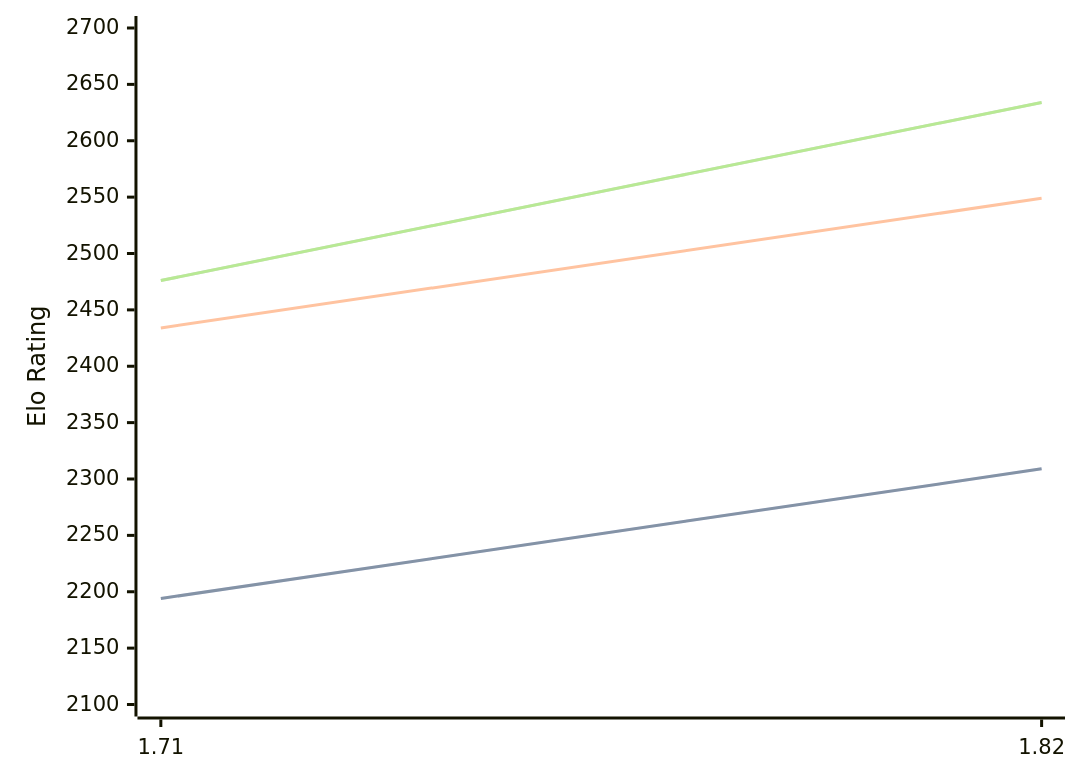
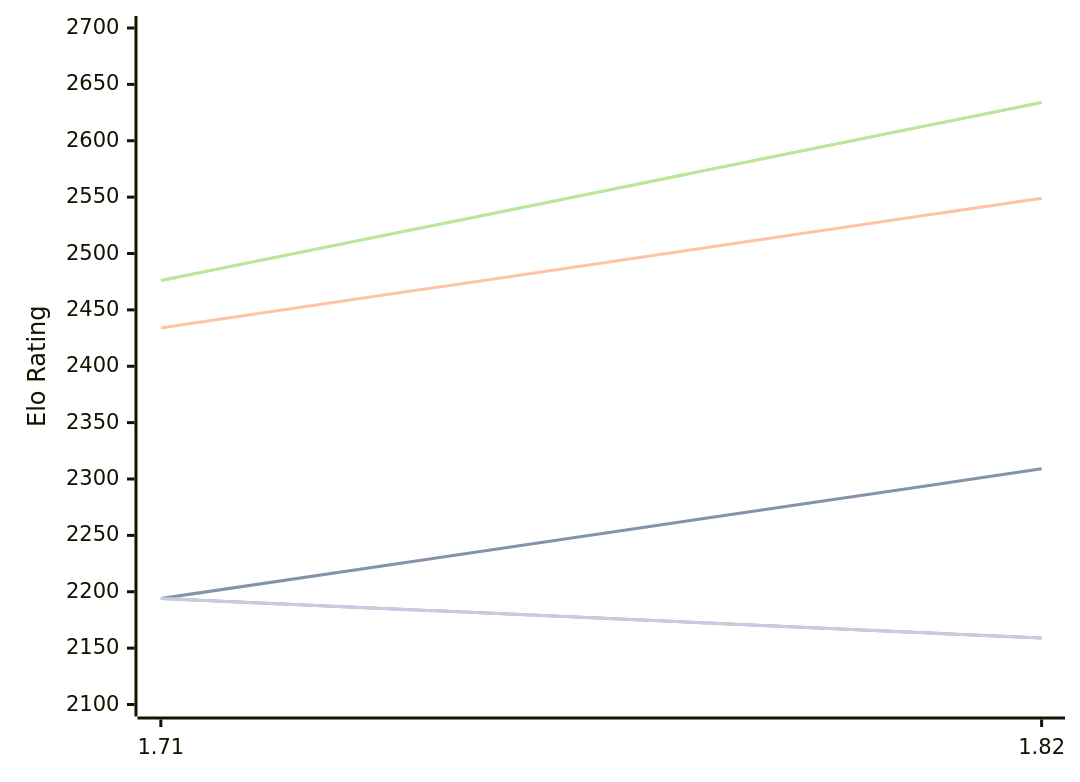
The diagram in engines/Amira.md (computer-chess-index/cci), drawn with Mermaid before and after one commit. The commit also changed other lines of this file, not shown here.

Commit message:
Update CCI Ratings (ELO VLTC) - 2026-10-11

````diff
--- a/engines/Amira.md
+++ b/engines/Amira.md
@@ -48,16 +48,13 @@
 ```mermaid
 %%{init: {"theme":"base","themeVariables":{"seriesColors:['#a3a3a3','#222221','#faa371']}}}%%
 xychart-beta
   x-axis ["1.71", "1.82"]
   y-axis "Elo Rating" 2100 --> 2700
   line "" [2194, 2309]
   line "T1: STC (8.0+0.08s)" [2194, 2309]
   line "T1: LTC (60.0+0.60s)" [2434, 2549]
   line "" [2476, 2634]
   line "T1: VLTC (2m24s+1.12s)" [2476, 2634]
-  line "" [2151]
-  line "E1: STC (8.0+0.08s)" [2151]
-  line "E1: LTC (60.0+0.60s)" [2406]
-  line "" [2496]
-  line "E1: VLTC (2m24s+1.12s)" [2496]
+  line "" [2194,2159]
+  line "E1: STC (8.0+0.08s)" [2194,2159]
 ```
````
